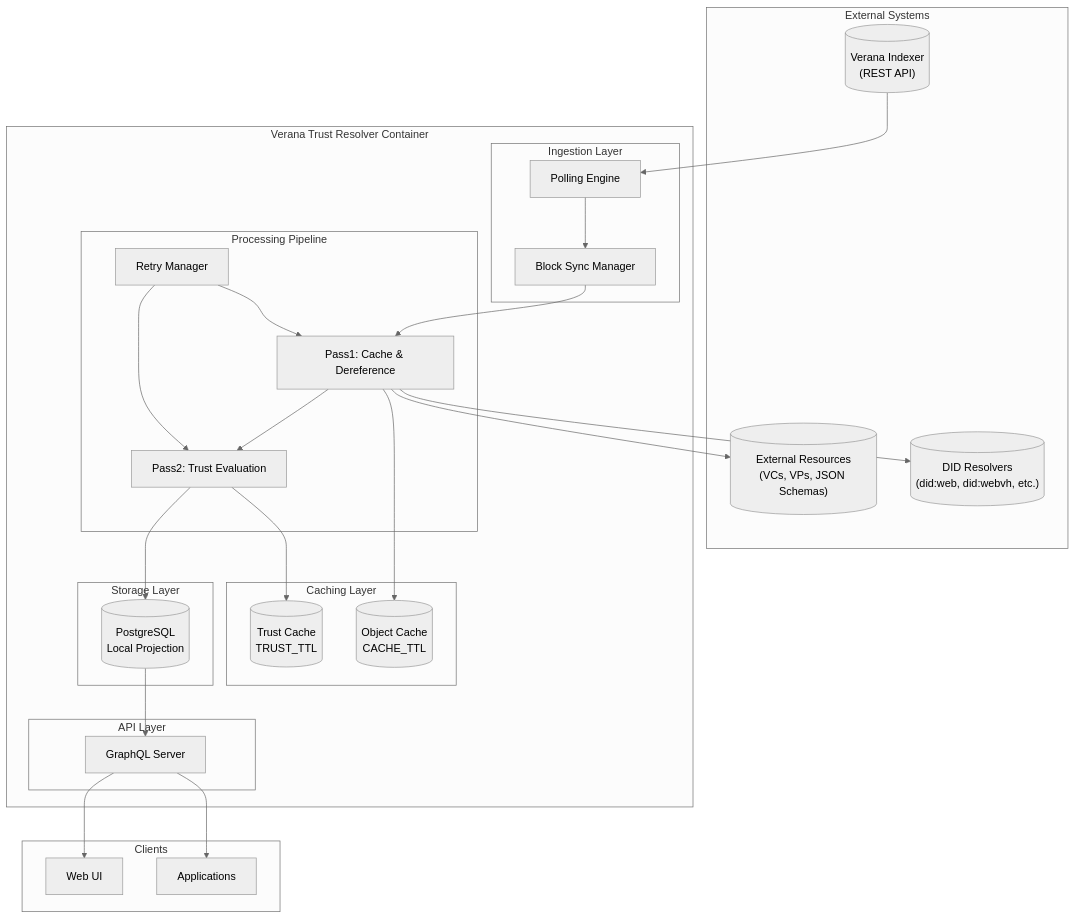
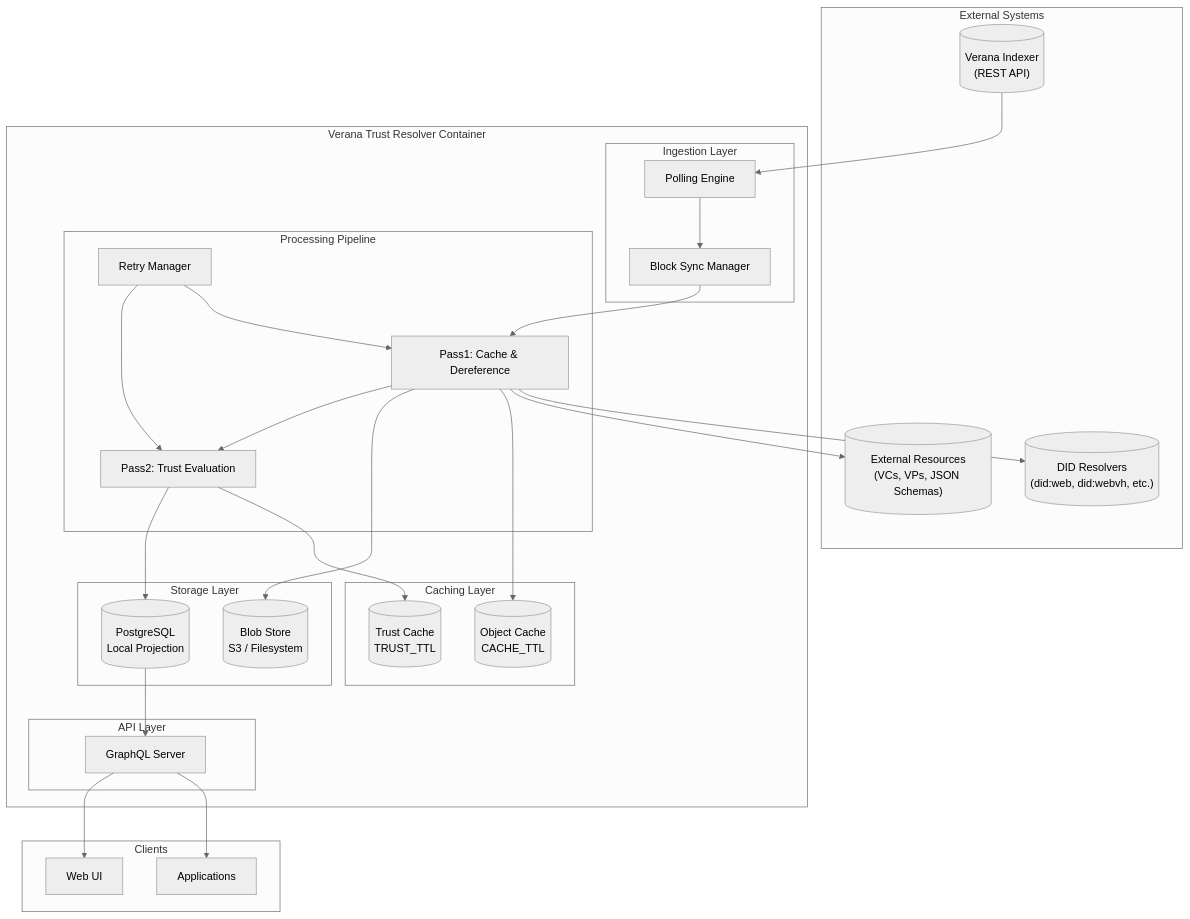
The first of 6 diagrams in implementation-plan.md (verana-labs/verana-resolver), drawn with Mermaid (neutral theme) before and after one commit. The commit also changed other lines of this file, not shown here.

````diff
--- a/implementation-plan.md
+++ b/implementation-plan.md
@@ -27,54 +27,56 @@
 ```mermaid
 flowchart TB
     subgraph External["External Systems"]
         IDX[("Verana Indexer<br/>(REST API)")]
         DID[("DID Resolvers<br/>(did:web, did:webvh, etc.)")]
         EXT[("External Resources<br/>(VCs, VPs, JSON Schemas)")]
     end
 
     subgraph Resolver["Verana Trust Resolver Container"]
         subgraph Ingestion["Ingestion Layer"]
             POLL[Polling Engine]
             SYNC[Block Sync Manager]
         end
 
         subgraph Processing["Processing Pipeline"]
             P1[Pass1: Cache & Dereference]
             P2[Pass2: Trust Evaluation]
             RETRY[Retry Manager]
         end
 
         subgraph Cache["Caching Layer"]
             OBJ_CACHE[(Object Cache<br/>CACHE_TTL)]
             TRUST_CACHE[(Trust Cache<br/>TRUST_TTL)]
         end
 
         subgraph Storage["Storage Layer"]
             DB[(PostgreSQL<br/>Local Projection)]
+            BLOB[(Blob Store<br/>S3 / Filesystem)]
         end
 
         subgraph API["API Layer"]
             GQL[GraphQL Server]
         end
     end
 
     subgraph Clients["Clients"]
         APP[Applications]
         UI[Web UI]
     end
 
     IDX --> POLL
     POLL --> SYNC
     SYNC --> P1
     P1 --> DID
     P1 --> EXT
     P1 --> OBJ_CACHE
+    P1 --> BLOB
     P1 --> P2
     P2 --> TRUST_CACHE
     P2 --> DB
     RETRY --> P1
     RETRY --> P2
     DB --> GQL
     GQL --> APP
     GQL --> UI
 ```
````
